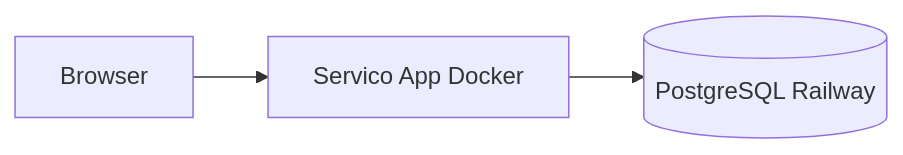
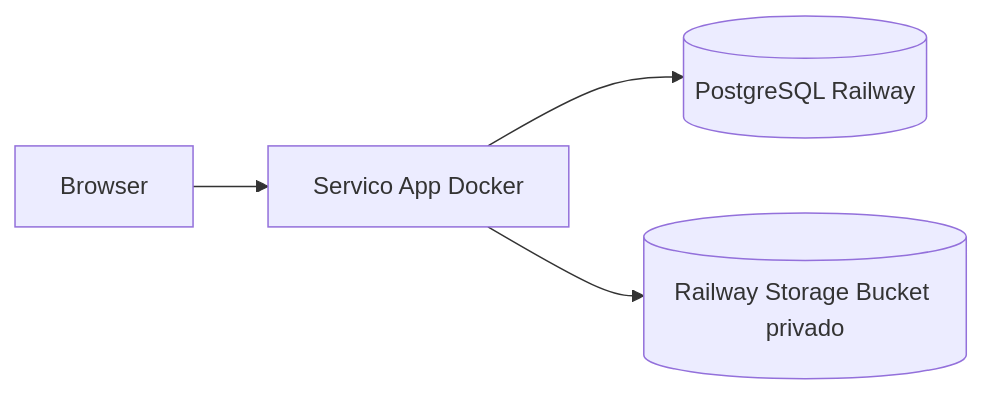
One commit to vitorhugomachado/Sloot2 changed the diagram in docs/DEPLOY-RAILWAY.md. Above: the diagram before and after it, drawn with Mermaid. The commit also changed other lines of this file and 55 other files, not shown here.

````diff
--- a/docs/DEPLOY-RAILWAY.md
+++ b/docs/DEPLOY-RAILWAY.md
@@ -12,5 +12,6 @@
 ```mermaid
 flowchart LR
   User[Browser] --> App[Servico App Docker]
   App --> PG[(PostgreSQL Railway)]
+  App --> Bucket[(Railway Storage Bucket privado)]
 ```
````
